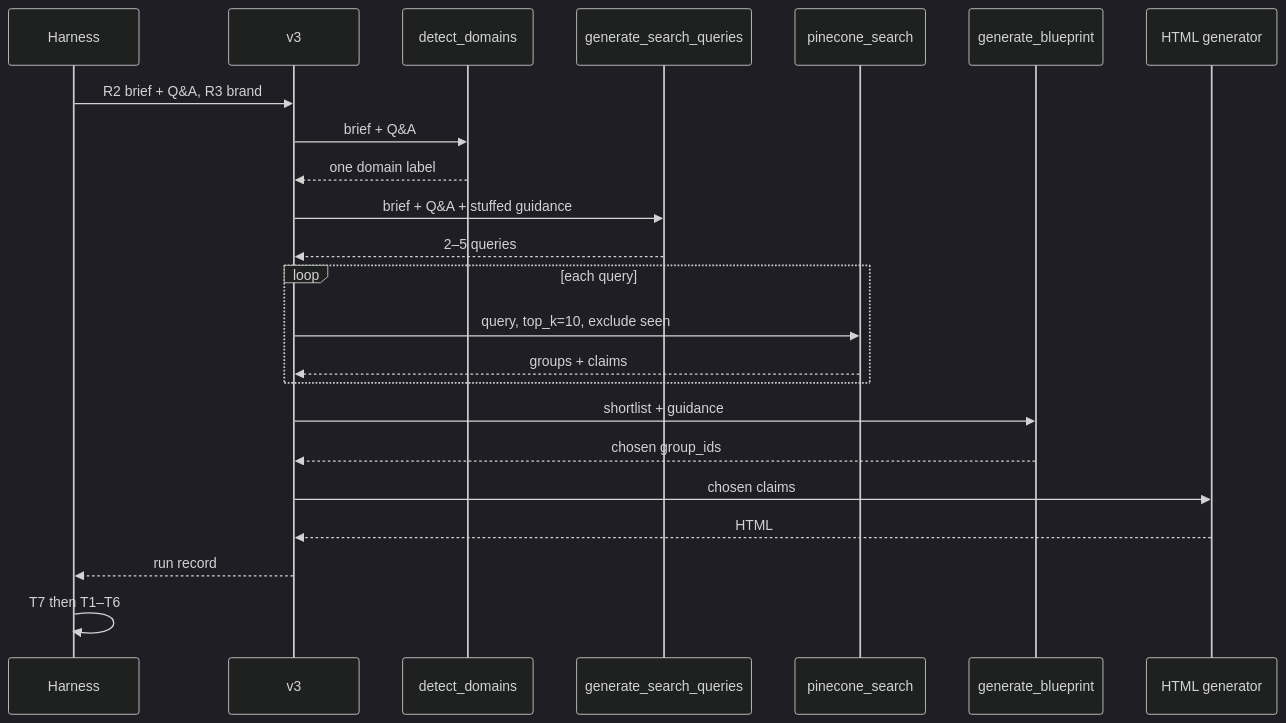
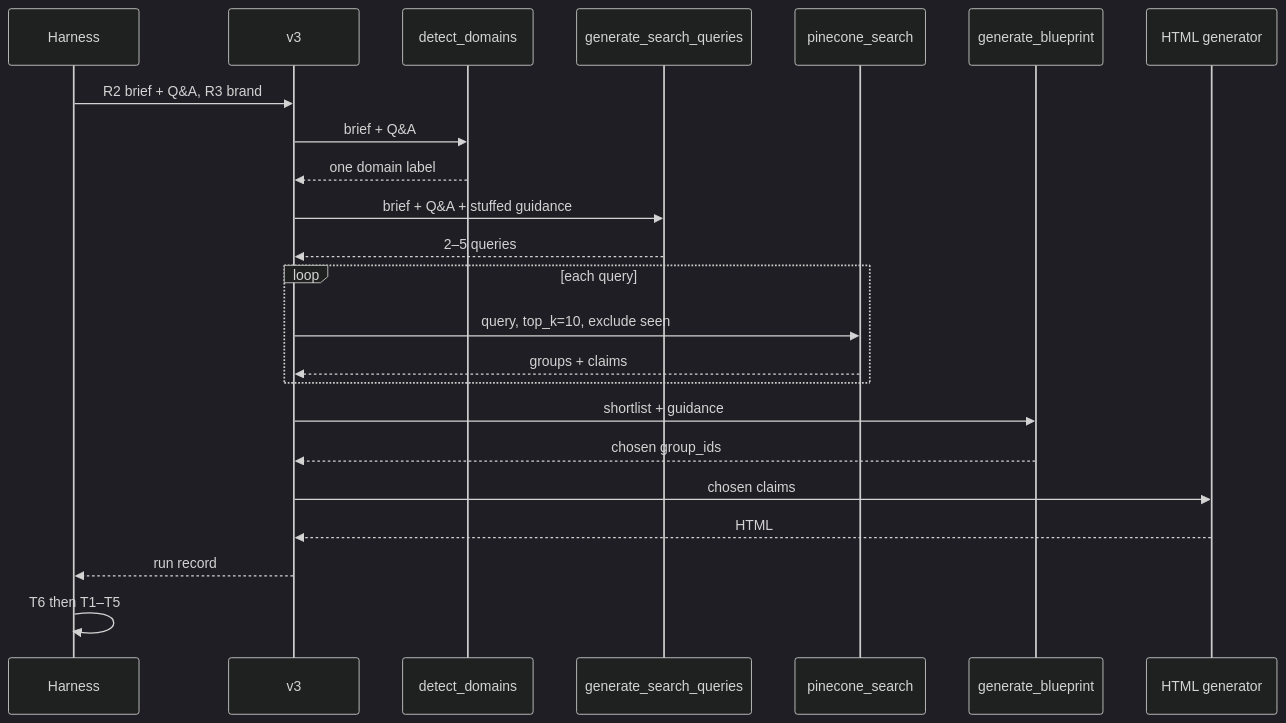
One commit to Solstice-Health/engineering-specs changed the fourth of 6 diagrams in plans/SOL-3155-claim-retrieval-evals.md. Above: the diagram before and after it, drawn with Mermaid (dark theme). The commit also changed other lines of this file, not shown here.

````diff
--- a/plans/SOL-3155-claim-retrieval-evals.md
+++ b/plans/SOL-3155-claim-retrieval-evals.md
@@ -245,25 +253,25 @@
 ```mermaid
 sequenceDiagram
     participant H as Harness
     participant V as v3
     participant D as detect_domains
     participant G as generate_search_queries
     participant P as pinecone_search
     participant B as generate_blueprint
     participant HTML as HTML generator
     H->>V: R2 brief + Q&A, R3 brand
     V->>D: brief + Q&A
     D-->>V: one domain label
     V->>G: brief + Q&A + stuffed guidance
     G-->>V: 2–5 queries
     loop each query
         V->>P: query, top_k=10, exclude seen
         P-->>V: groups + claims
     end
     V->>B: shortlist + guidance
     B-->>V: chosen group_ids
     V->>HTML: chosen claims
     HTML-->>V: HTML
     V-->>H: run record
-    H->>H: T7 then T1–T6
+    H->>H: T6 then T1–T5
 ```
````
